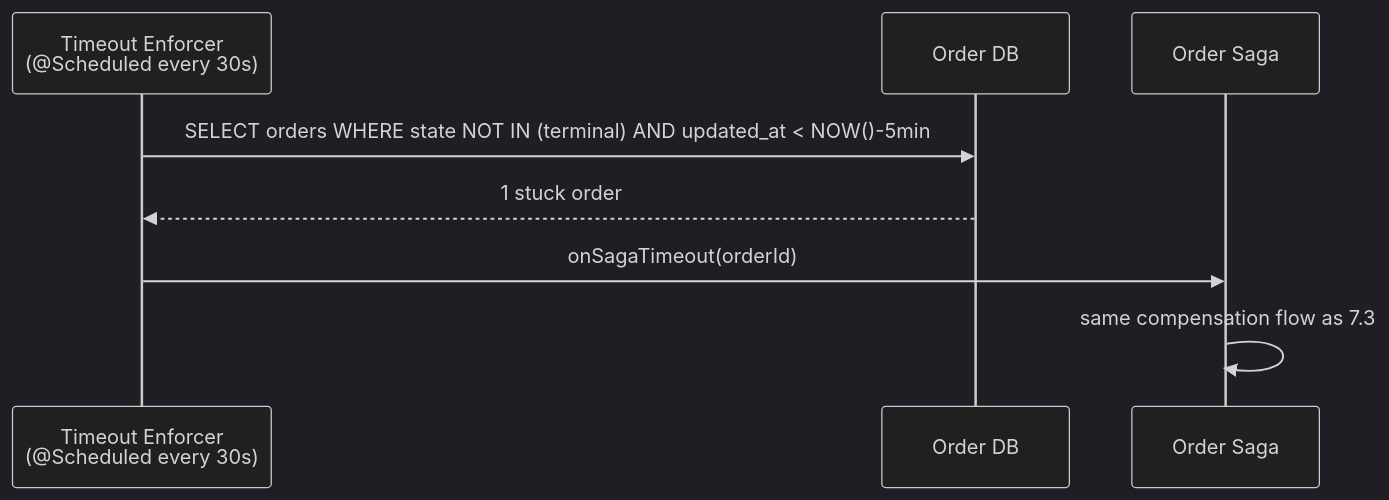
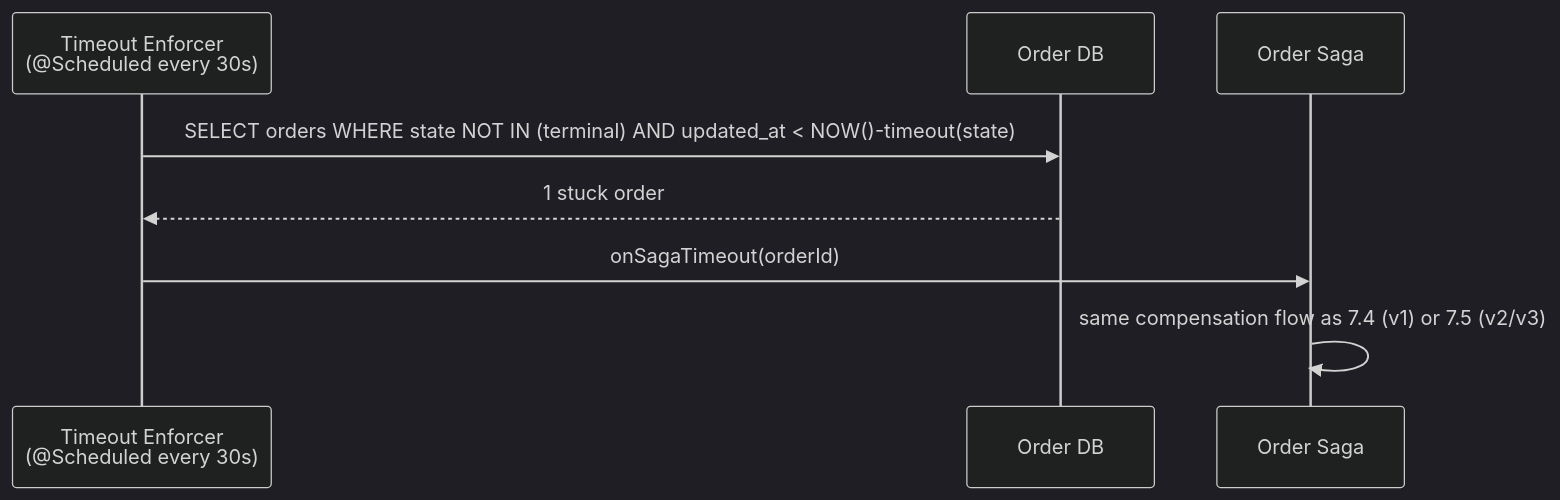
Before and after one commit to mitaka-dev/food-delivery-system: the fourth of 4 diagrams in docs/plan/ARCHITECTURE.md, drawn with Mermaid (dark theme). The commit also changed other lines of this file and 5 other files, not shown here.

````diff
--- a/docs/plan/ARCHITECTURE.md
+++ b/docs/plan/ARCHITECTURE.md
@@ -706,11 +718,11 @@
 ```mermaid
 sequenceDiagram
     participant T as Timeout Enforcer<br/>(@Scheduled every 30s)
     participant DB as Order DB
     participant O as Order Saga
 
-    T->>DB: SELECT orders WHERE state NOT IN (terminal) AND updated_at < NOW()-5min
+    T->>DB: SELECT orders WHERE state NOT IN (terminal) AND updated_at < NOW()-timeout(state)
     DB-->>T: 1 stuck order
     T->>O: onSagaTimeout(orderId)
-    O->>O: same compensation flow as 7.3
+    O->>O: same compensation flow as 7.4 (v1) or 7.5 (v2/v3)
 ```
````
